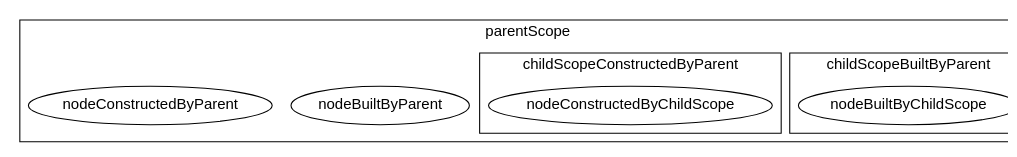
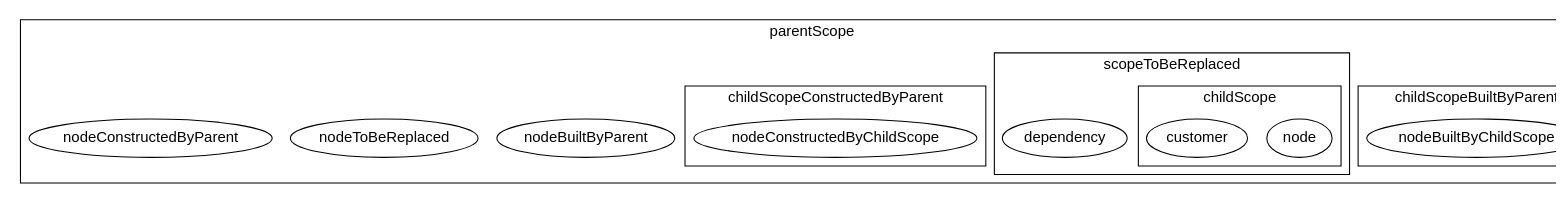
The diagram in test.graphs.example_scope_blue_print.dot (ggsuite/supply_chain), drawn with Graphviz before and after one commit. The commit also changed 5 other files, not shown here.

Commit message:
Add: Add modifyScope, modifyNode

```diff
--- a/test.graphs.example_scope_blue_print.dot
+++ b/test.graphs.example_scope_blue_print.dot
@@ -1,31 +1,51 @@
 digraph unix {
   graph [ dpi = 75 ]; 
   graph [nodesep = 0.25; ranksep=0.25];
   fontname="Helvetica,Arial,sans-serif"
   node [fontname="Helvetica,Arial,sans-serif"]
   edge [fontname="Helvetica,Arial,sans-serif"]
   subgraph cluster_parentScope_2 {
     label = "parentScope"; // scope
     nodeBuiltByParent_0 [
       label = "nodeBuiltByParent"; // node
     ];
-    nodeConstructedByParent_1 [
+    nodeToBeReplaced_1 [
+      label = "nodeToBeReplaced"; // node
+    ];
+    nodeConstructedByParent_2 [
       label = "nodeConstructedByParent"; // node
     ];
     subgraph cluster_childScopeBuiltByParent_3 {
       label = "childScopeBuiltByParent"; // scope
-      nodeBuiltByChildScope_2 [
+      nodeBuiltByChildScope_3 [
         label = "nodeBuiltByChildScope"; // node
       ];
       
     }
-    subgraph cluster_childScopeConstructedByParent_4 {
+    subgraph cluster_scopeToBeReplaced_4 {
+      label = "scopeToBeReplaced"; // scope
+      dependency_4 [
+        label = "dependency"; // node
+      ];
+      subgraph cluster_childScope_5 {
+        label = "childScope"; // scope
+        node_5 [
+          label = "node"; // node
+        ];
+        customer_6 [
+          label = "customer"; // node
+        ];
+        
+      }
+      
+    }
+    subgraph cluster_childScopeConstructedByParent_6 {
       label = "childScopeConstructedByParent"; // scope
-      nodeConstructedByChildScope_3 [
+      nodeConstructedByChildScope_7 [
         label = "nodeConstructedByChildScope"; // node
       ];
       
     }
     
   }
 }
```
